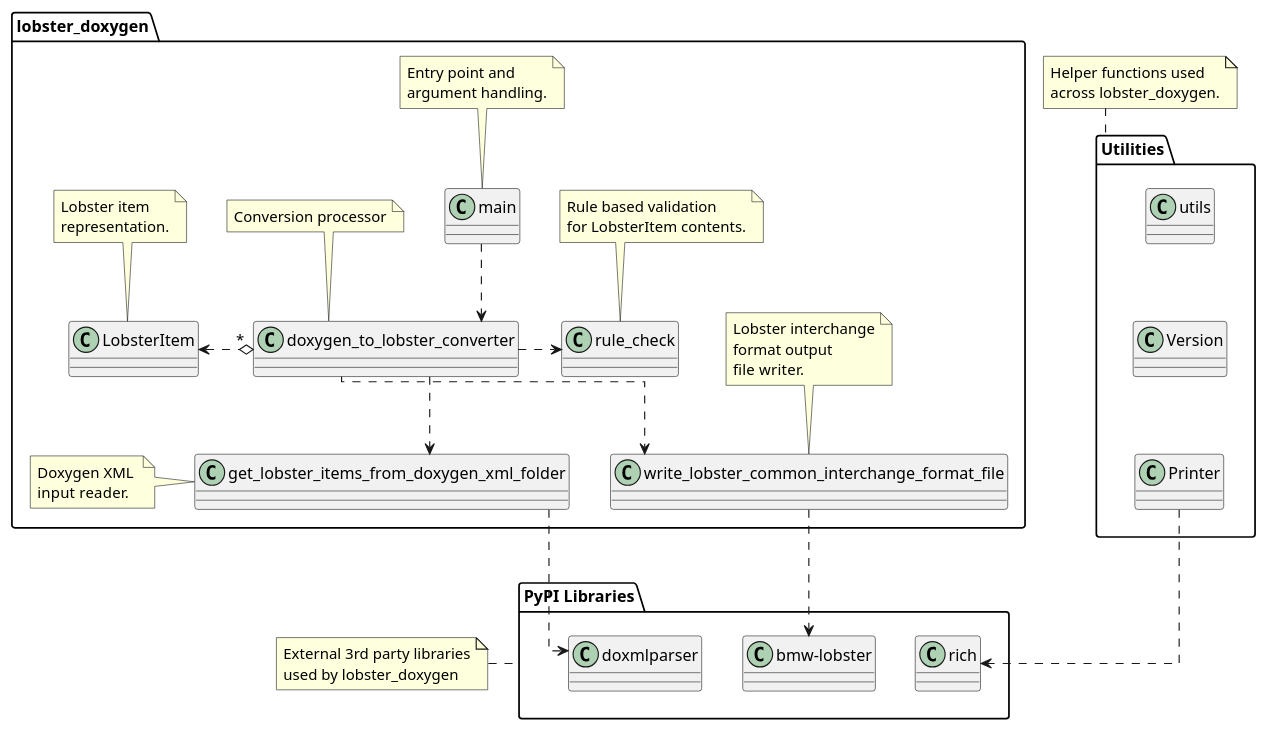
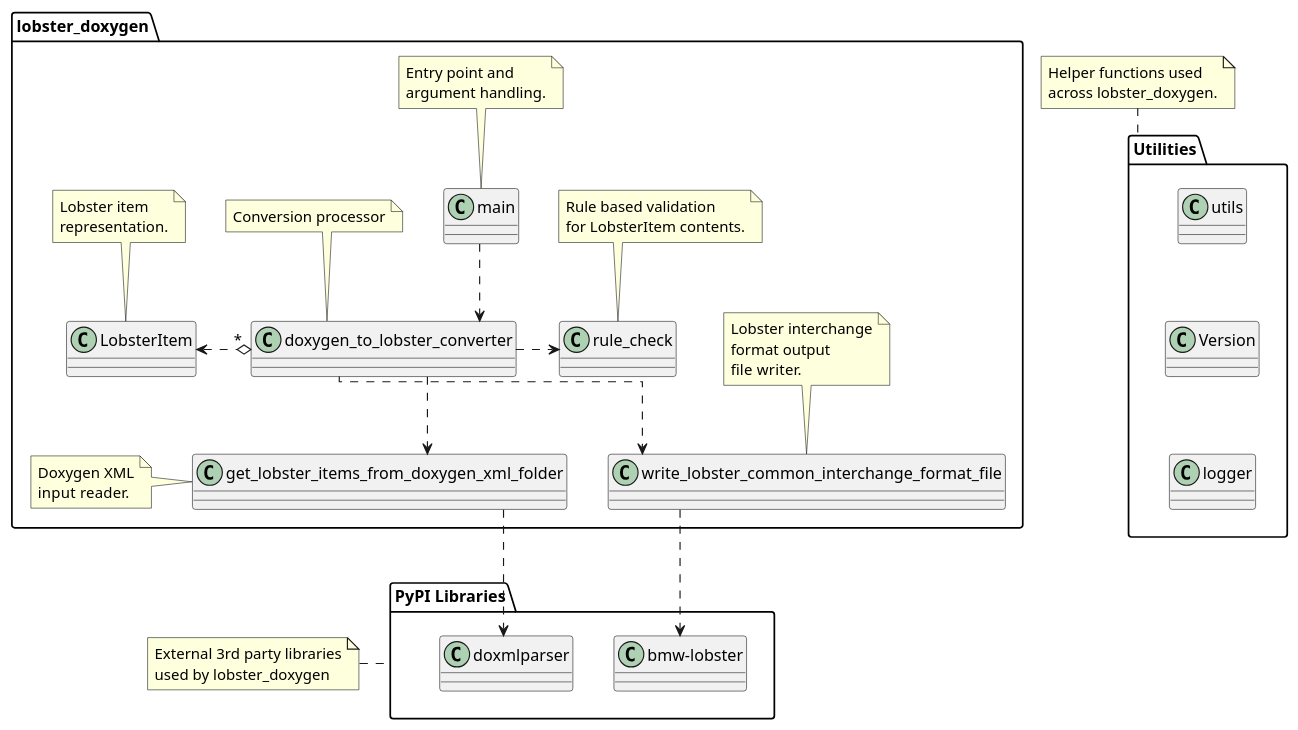
The diagram in doc/architecture/class_diagram.puml (NewTec-GmbH/lobster-doxygen), drawn with PlantUML before and after one commit. The commit also changed 7 other files, not shown here.

```diff
--- a/doc/architecture/class_diagram.puml
+++ b/doc/architecture/class_diagram.puml
@@ -1,97 +1,81 @@
 @startuml class_diagram
 skinparam linetype ortho
 
 package "PyPI Libraries" {
-    class bmw-lobster     
-    class doxmlparser 
-    class rich 
+    class bmw-lobster
+    class doxmlparser
 }
 
 note left of "PyPI Libraries"
     External 3rd party libraries
     used by lobster_doxygen
 end note
 
 package lobster_doxygen {
-    class main {
-
-    } 
+    class main
 
     note top of main
         Entry point and
         argument handling.
     end note
 
-    class "doxygen_to_lobster_converter" as converter {
-    }
+    class "doxygen_to_lobster_converter" as converter
 
     note top of converter
         Conversion processor
     end note
 
-    class "write_lobster_common_interchange_format_file" as writer {
-
-    }
+    class "write_lobster_common_interchange_format_file" as writer
 
     note top of writer
         Lobster interchange
         format output
         file writer.
     end note
 
-    class "get_lobster_items_from_doxygen_xml_folder" as reader {
-    }
-
+    class "get_lobster_items_from_doxygen_xml_folder" as reader
 
     note left of reader
-        Doxygen XML 
+        Doxygen XML
         input reader.
     end note
-    class "rule_check" as checker{
 
-    }
+    class "rule_check" as checker
 
     note top of checker
         Rule based validation
         for LobsterItem contents.
     end note
 
-    class LobsterItem {
+    class LobsterItem
 
-    }
-
-        note top of LobsterItem
+    note top of LobsterItem
         Lobster item
         representation.
     end note
-
 }
 
 package Utilities {
- 
-    class Printer    
-    class Version     
-    class utils 
-    
+    class Version
+    class utils
+    class logger
+
     utils .d[hidden].> Version
-    Version .d[hidden].> Printer
+    Version .d[hidden].> logger
 }
 
 note top of Utilities
     Helper functions used
     across lobster_doxygen.
 end note
 
-
 main .d.> converter
 converter .d.> reader
 converter .d.> writer
 converter .r.> checker
-converter "*" o.l.> LobsterItem 
+converter "*" o.l.> LobsterItem
 
 reader .d.> doxmlparser
 writer .d.> "bmw-lobster"
 
-Printer .d.> rich
-
 @enduml
```
